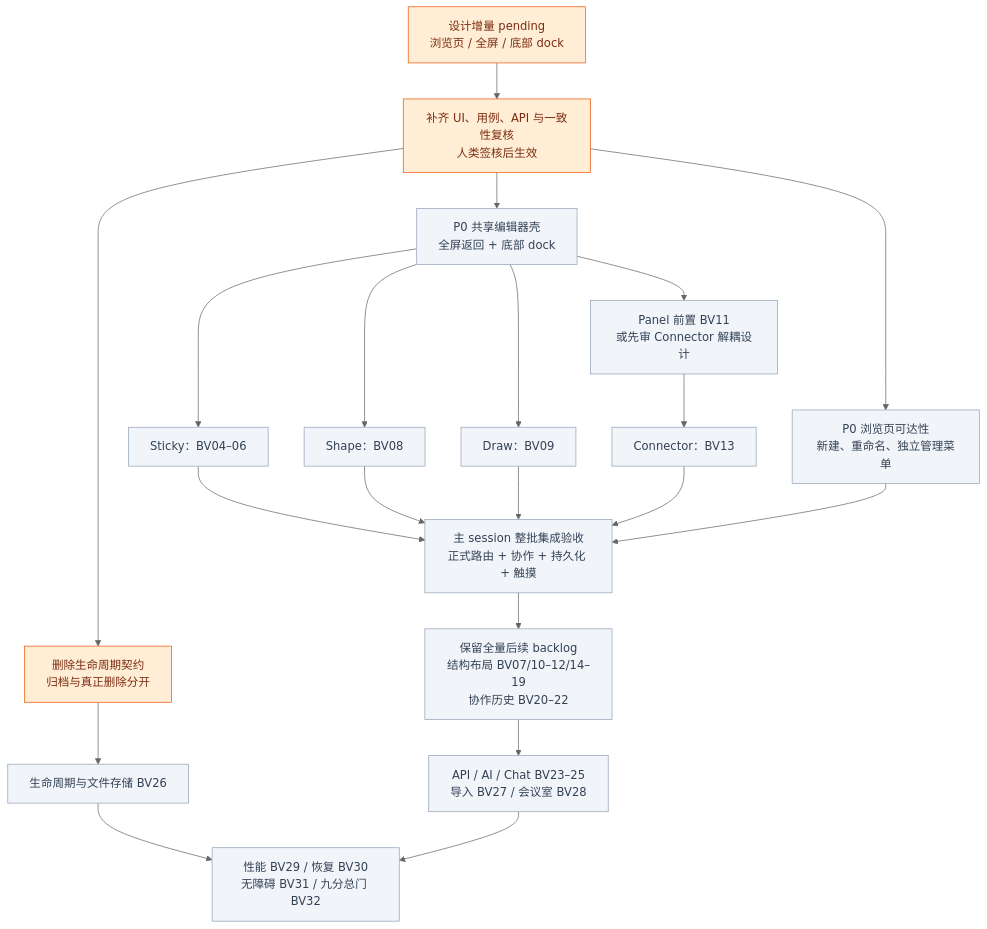
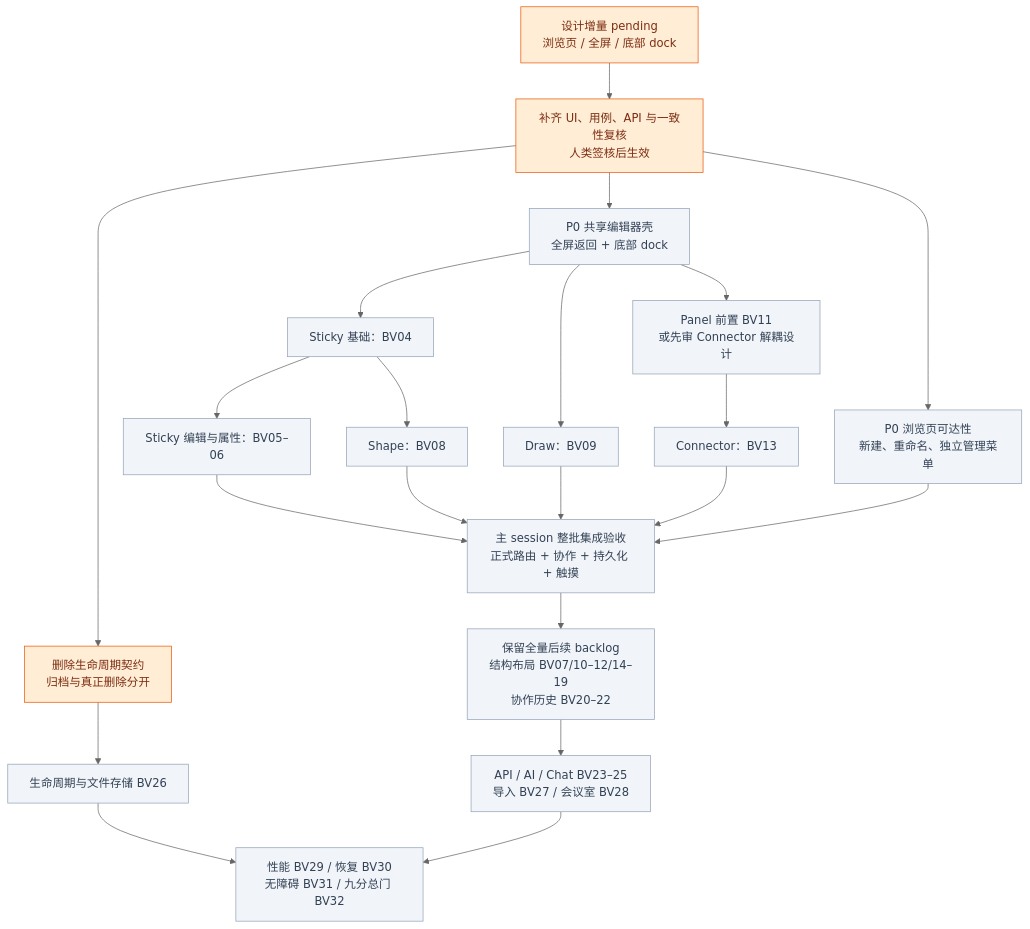
The diagram in phases/phase-19-board-visual-workspace/design-deltas/2026-09-26-library-bottom-dock.md (boardx/workspacex), drawn with Mermaid (neutral theme) before and after one commit.

Commit message:
docs(board): preserve Shape dependency in dock plan

````diff
--- a/phases/phase-19-board-visual-workspace/design-deltas/2026-09-26-library-bottom-dock.md
+++ b/phases/phase-19-board-visual-workspace/design-deltas/2026-09-26-library-bottom-dock.md
@@ -78,26 +78,27 @@
 ```mermaid
 flowchart TD
     D["设计增量 pending<br/>浏览页 / 全屏 / 底部 dock"] --> R["补齐 UI、用例、API 与一致性复核<br/>人类签核后生效"]
     R --> L["P0 浏览页可达性<br/>新建、重命名、独立管理菜单"]
     R --> S["P0 共享编辑器壳<br/>全屏返回 + 底部 dock"]
     R --> X["删除生命周期契约<br/>归档与真正删除分开"]
-    S --> A["Sticky：BV04–06"]
-    S --> B["Shape：BV08"]
+    S --> A0["Sticky 基础：BV04"]
+    A0 --> A["Sticky 编辑与属性：BV05–06"]
+    A0 --> B["Shape：BV08"]
     S --> C["Draw：BV09"]
     S --> P["Panel 前置 BV11<br/>或先审 Connector 解耦设计"]
     P --> E["Connector：BV13"]
     A --> T["主 session 整批集成验收<br/>正式路由 + 协作 + 持久化 + 触摸"]
     B --> T
     C --> T
     E --> T
     L --> T
     X --> F["生命周期与文件存储 BV26"]
     T --> N["保留全量后续 backlog<br/>结构布局 BV07/10–12/14–19<br/>协作历史 BV20–22"]
     N --> Q["API / AI / Chat BV23–25<br/>导入 BV27 / 会议室 BV28"]
     F --> Z["性能 BV29 / 恢复 BV30<br/>无障碍 BV31 / 九分总门 BV32"]
     Q --> Z
     classDef pending fill:#ffedd5,stroke:#ea580c,color:#7c2d12
     classDef backlog fill:#f1f5f9,stroke:#94a3b8,color:#334155
     class D,R,X pending
-    class L,S,A,B,C,P,E,T,F,N,Q,Z backlog
+    class L,S,A0,A,B,C,P,E,T,F,N,Q,Z backlog
 ```
````
